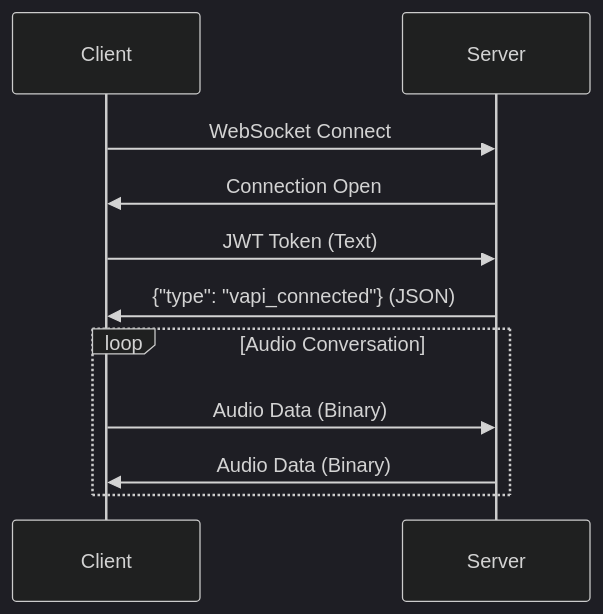
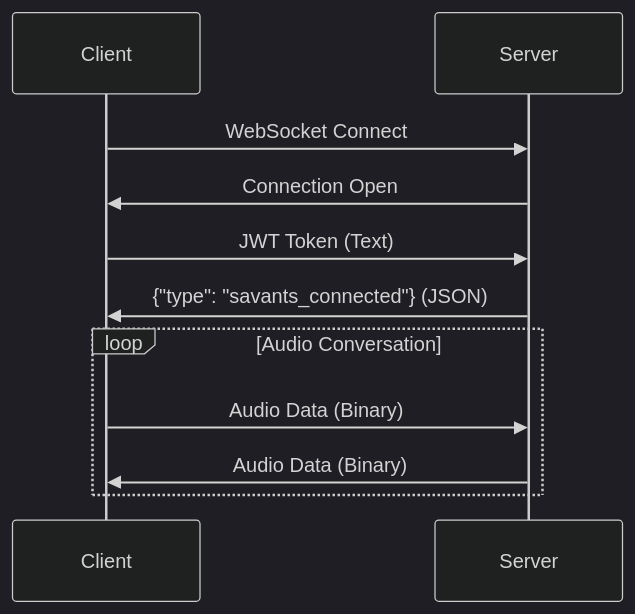
Before and after one commit to SavantCaleb/docs: the first of 2 diagrams in api-reference/message-types.mdx, drawn with Mermaid (dark theme). The commit also changed other lines of this file and 4 other files, not shown here.

````diff
--- a/api-reference/message-types.mdx
+++ b/api-reference/message-types.mdx
@@ -263,15 +263,15 @@
 ```mermaid
 sequenceDiagram
     participant C as Client
     participant S as Server
     
     C->>S: WebSocket Connect
     S->>C: Connection Open
     C->>S: JWT Token (Text)
-    S->>C: {"type": "vapi_connected"} (JSON)
+    S->>C: {"type": "savants_connected"} (JSON)
     
     loop Audio Conversation
         C->>S: Audio Data (Binary)
         S->>C: Audio Data (Binary)
     end
 ```
````
